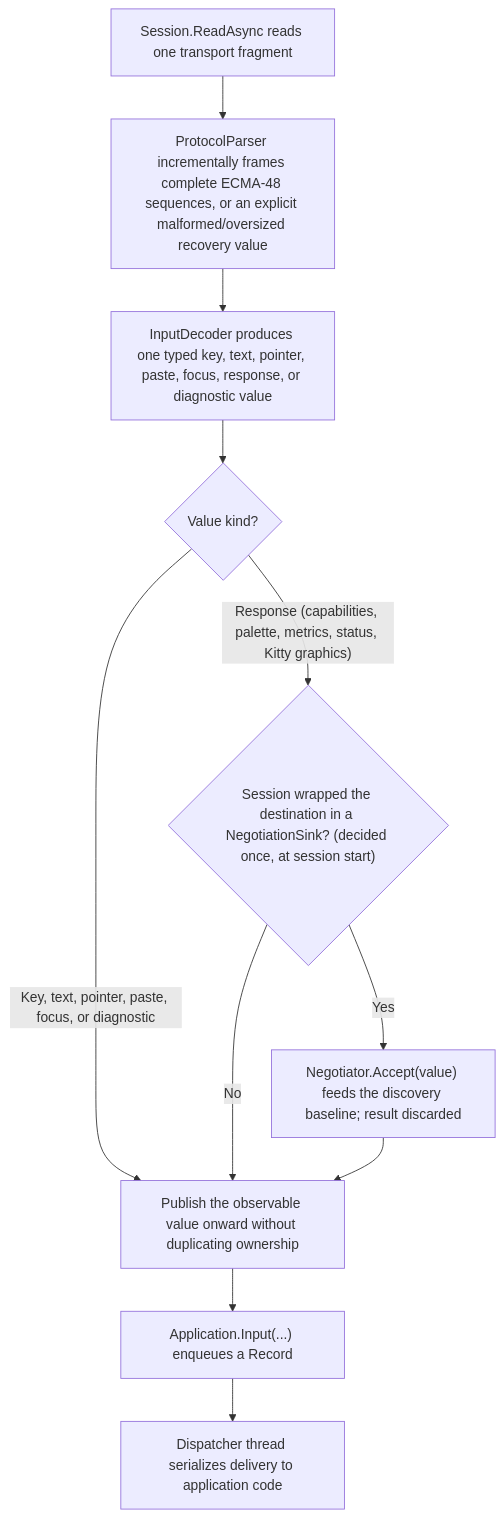
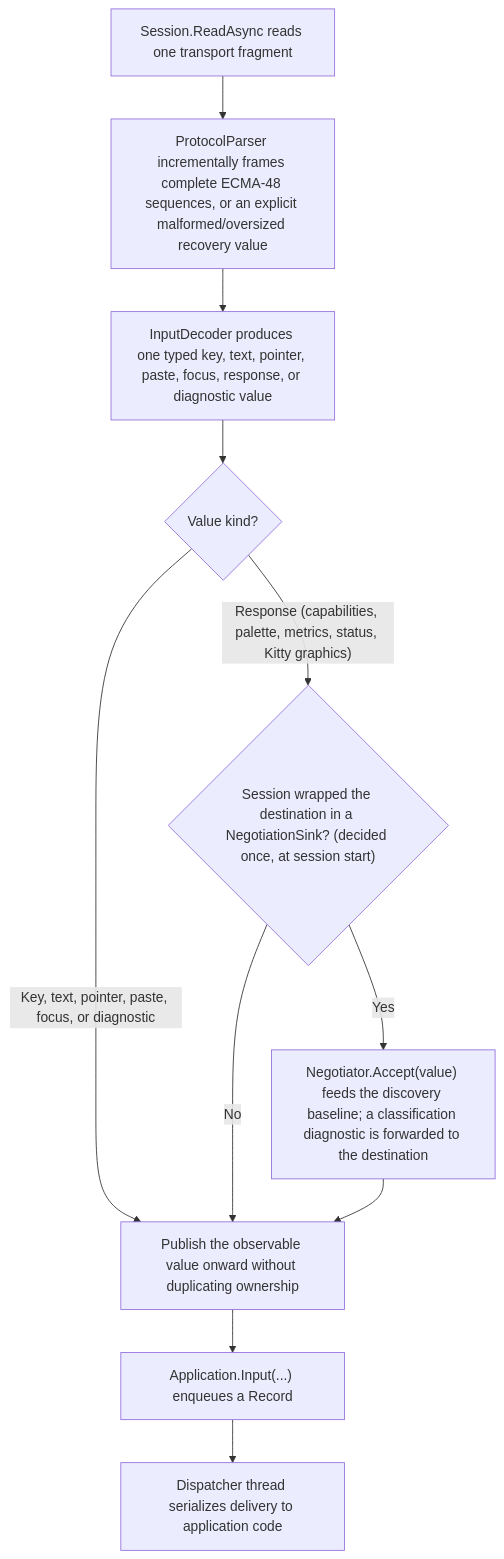
The second of 2 diagrams in docs/architecture/terminal-integration.md (pavkam/sharp-vision), drawn with Mermaid before and after one commit.

Commit message:
docs(architecture): correct stale negotiation-diagnostic discard claim
NegotiationSink's Response overrides now forward the negotiator's
classification diagnostic to the destination before the response
continues, rather than discarding it. Update the protocol routing
diagram's Correlate node label in terminal-integration.md to match.

Related to issue 1146.

````diff
--- a/docs/architecture/terminal-integration.md
+++ b/docs/architecture/terminal-integration.md
@@ -127,13 +127,13 @@
 ```mermaid
 flowchart TD
     Read["Session.ReadAsync reads one transport fragment"] --> Frame["ProtocolParser incrementally frames complete ECMA-48 sequences, or an explicit malformed/oversized recovery value"]
     Frame --> Decode["InputDecoder produces one typed key, text, pointer, paste, focus, response, or diagnostic value"]
     Decode --> ValueKind{"Value kind?"}
     ValueKind -->|"Response (capabilities, palette, metrics, status, Kitty graphics)"| SinkPresent{"Session wrapped the destination in a NegotiationSink? (decided once, at session start)"}
     ValueKind -->|"Key, text, pointer, paste, focus, or diagnostic"| Forward
-    SinkPresent -->|Yes| Correlate["Negotiator.Accept(value) feeds the discovery baseline; result discarded"]
+    SinkPresent -->|Yes| Correlate["Negotiator.Accept(value) feeds the discovery baseline; a classification diagnostic is forwarded to the destination"]
     SinkPresent -->|No| Forward
     Correlate --> Forward["Publish the observable value onward without duplicating ownership"]
     Forward --> Enqueue["Application.Input(...) enqueues a Record"]
     Enqueue --> Dispatch["Dispatcher thread serializes delivery to application code"]
 ```
````
